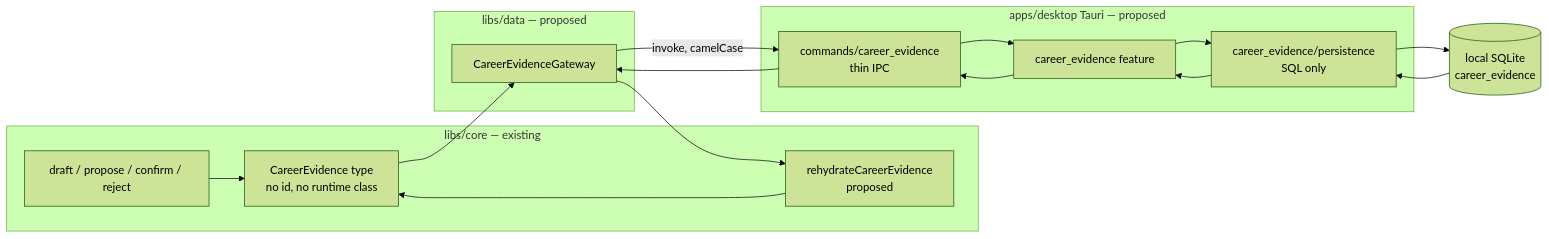
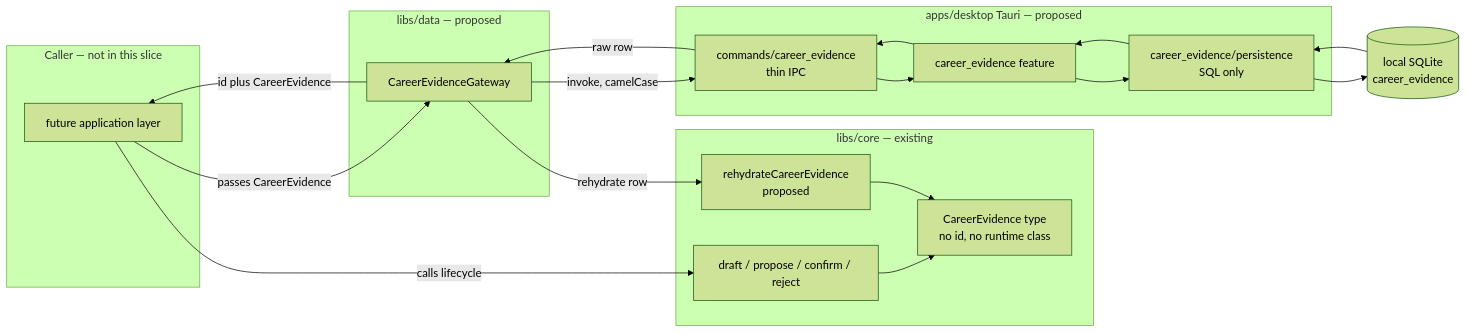
Before and after one commit to vitala89/applye: the diagram in docs/designs/career-evidence-desktop-persistence/data-flow.mmd, drawn with Mermaid (forest theme). The commit also changed 3 other files, not shown here.

```diff
--- a/docs/designs/career-evidence-desktop-persistence/data-flow.mmd
+++ b/docs/designs/career-evidence-desktop-persistence/data-flow.mmd
@@ -1,31 +1,37 @@
 flowchart LR
+  subgraph caller ["Caller — not in this slice"]
+    CALL["future application layer"]
+  end
+
   subgraph core ["libs/core — existing"]
     CE["CareerEvidence type<br/>no id, no runtime class"]
     LIFE["draft / propose / confirm / reject"]
     REHY["rehydrateCareerEvidence<br/>proposed"]
   end
 
   subgraph data ["libs/data — proposed"]
     GW["CareerEvidenceGateway"]
   end
 
   subgraph desktop ["apps/desktop Tauri — proposed"]
     CMD["commands/career_evidence<br/>thin IPC"]
     FEAT["career_evidence feature"]
     SQL["career_evidence/persistence<br/>SQL only"]
   end
 
   DB[("local SQLite<br/>career_evidence")]
 
+  CALL -->|"calls lifecycle"| LIFE
   LIFE --> CE
-  CE --> GW
+  CALL -->|"passes CareerEvidence"| GW
   GW -->|"invoke, camelCase"| CMD
   CMD --> FEAT
   FEAT --> SQL
   SQL --> DB
   DB --> SQL
   SQL --> FEAT
   FEAT --> CMD
-  CMD --> GW
-  GW --> REHY
+  CMD -->|"raw row"| GW
+  GW -->|"rehydrate row"| REHY
   REHY --> CE
+  GW -->|"id plus CareerEvidence"| CALL
```
